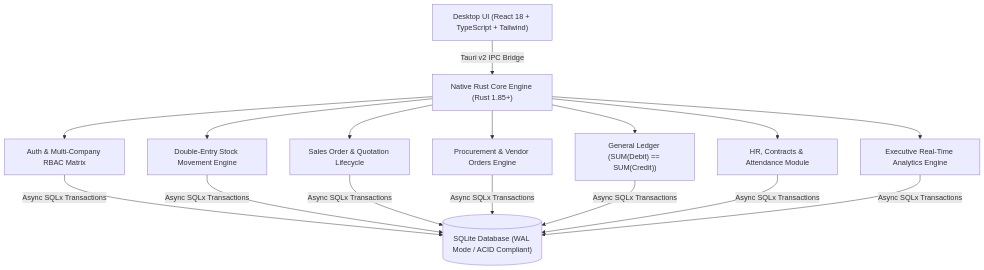
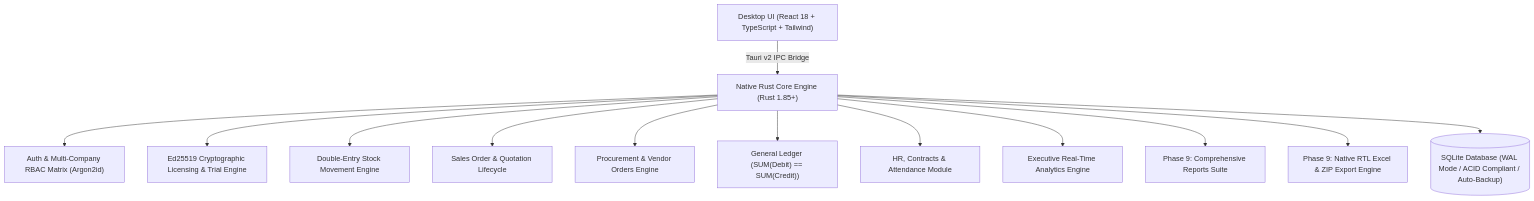
The first of 8 diagrams in README.md (Omar-b381/MIZAN-ERP), drawn with Mermaid before and after one commit. The commit also changed other lines of this file, not shown here.

Commit message:
docs: update README with Phase 9 reports, printing diagrams and full test metrics

````diff
--- a/README.md
+++ b/README.md
@@ -58,12 +59,15 @@
 ```mermaid
 graph TD
     UI["Desktop UI (React 18 + TypeScript + Tailwind)"] -->|Tauri v2 IPC Bridge| Engine["Native Rust Core Engine (Rust 1.85+)"]
-    Engine --> Auth["Auth & Multi-Company RBAC Matrix"]
+    Engine --> Auth["Auth & Multi-Company RBAC Matrix (Argon2id)"]
+    Engine --> License["Ed25519 Cryptographic Licensing & Trial Engine"]
     Engine --> Stock["Double-Entry Stock Movement Engine"]
     Engine --> Sales["Sales Order & Quotation Lifecycle"]
     Engine --> Purchases["Procurement & Vendor Orders Engine"]
     Engine --> GL["General Ledger (SUM(Debit) == SUM(Credit))"]
     Engine --> HR["HR, Contracts & Attendance Module"]
     Engine --> Dashboard["Executive Real-Time Analytics Engine"]
-    Auth & Stock & Sales & Purchases & GL & HR & Dashboard -->|Async SQLx Transactions| DB[("SQLite Database (WAL Mode / ACID Compliant)")]
+    Engine --> Reports["Phase 9: Comprehensive Reports Suite"]
+    Engine --> ExportEngine["Phase 9: Native RTL Excel & ZIP Export Engine"]
+    Engine --> DB[("SQLite Database (WAL Mode / ACID Compliant / Auto-Backup)")]
 ```
````
